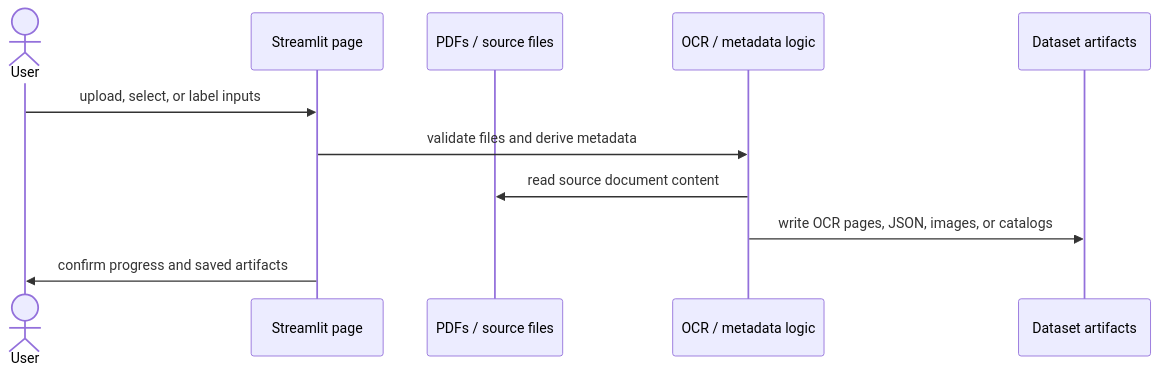
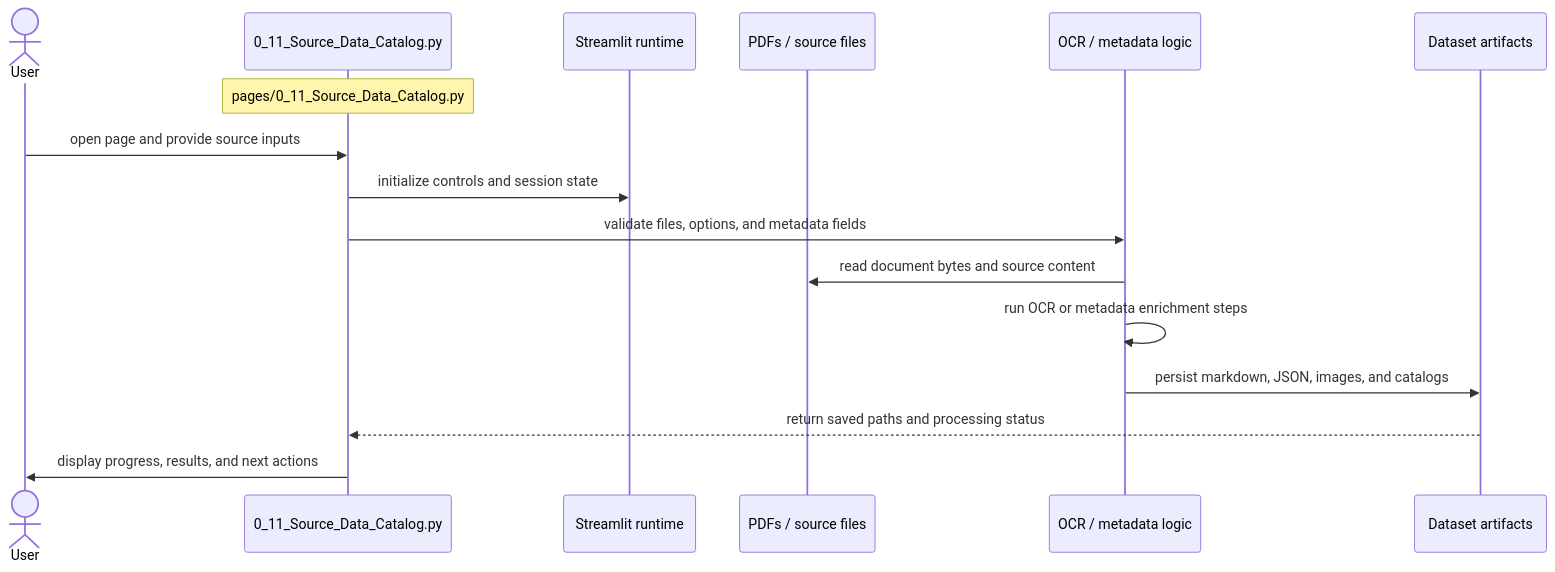
One commit to darisdzakwanhoesien2/benchmarks changed the diagram in new_page/documentation/streamlit_pages/mermaid_sequence_diagram/0_11_Source_Data_Catalog.md. Above: the diagram before and after it, drawn with Mermaid. The commit also changed other lines of this file and 49 other files, not shown here.

Commit message:
Adding Documentation with Mermaid Sequence Diagram

````diff
--- a/new_page/documentation/streamlit_pages/mermaid_sequence_diagram/0_11_Source_Data_Catalog.md
+++ b/new_page/documentation/streamlit_pages/mermaid_sequence_diagram/0_11_Source_Data_Catalog.md
@@ -7,13 +15,18 @@
 ```mermaid
 sequenceDiagram
     actor User as User
-    participant page as Streamlit page
+    participant page as 0_11_Source_Data_Catalog.py
+    participant runtime as Streamlit runtime
     participant data as PDFs / source files
     participant compute as OCR / metadata logic
     participant output as Dataset artifacts
-    User->>page: upload, select, or label inputs
-    page->>compute: validate files and derive metadata
-    compute->>data: read source document content
-    compute->>output: write OCR pages, JSON, images, or catalogs
-    page->>User: confirm progress and saved artifacts
+    Note over page: pages/0_11_Source_Data_Catalog.py
+    User->>page: open page and provide source inputs
+    page->>runtime: initialize controls and session state
+    page->>compute: validate files, options, and metadata fields
+    compute->>data: read document bytes and source content
+    compute->>compute: run OCR or metadata enrichment steps
+    compute->>output: persist markdown, JSON, images, and catalogs
+    output-->>page: return saved paths and processing status
+    page->>User: display progress, results, and next actions
 ```
````
